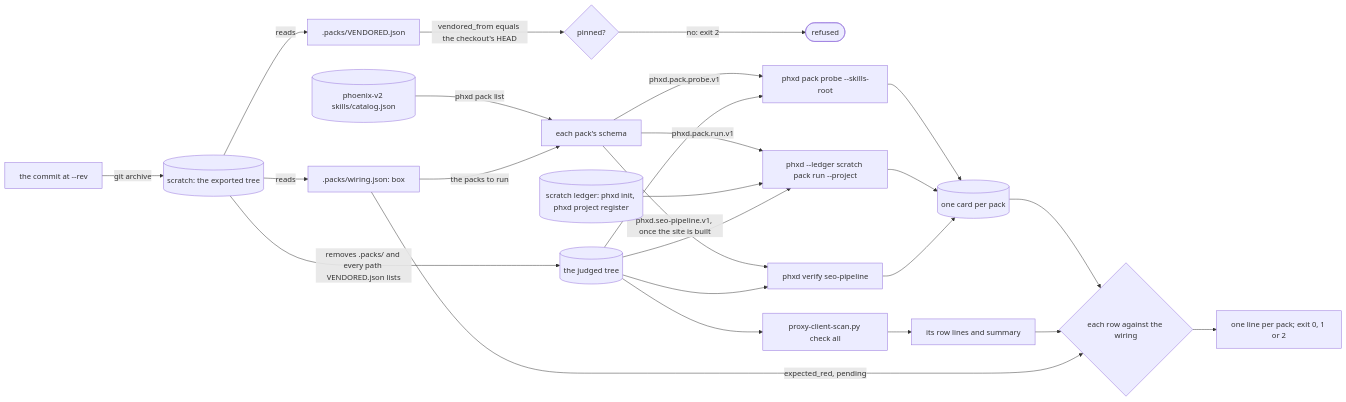
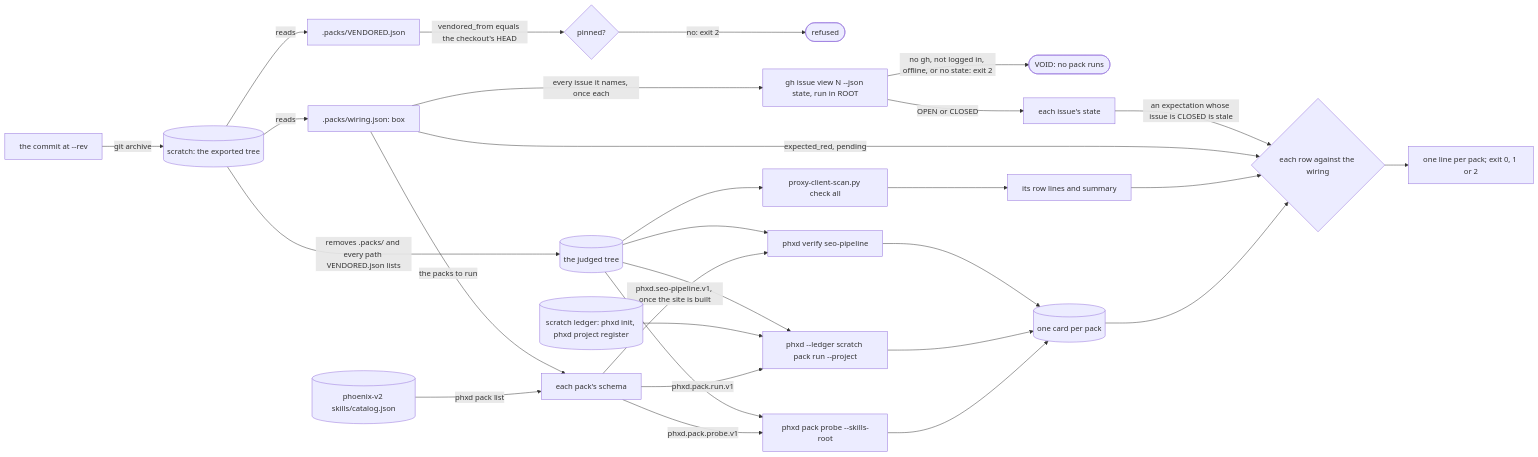
The diagram in docs/schematics/box-pack-runner.md (RexRenatus/deck-streak), drawn with Mermaid before and after one commit. The commit also changed other lines of this file and 2 other files, not shown here.

Commit message:
docs(schematics): the box run reads issue state; one scrub composition

````diff
--- a/docs/schematics/box-pack-runner.md
+++ b/docs/schematics/box-pack-runner.md
@@ -9,27 +10,31 @@
 ```mermaid
 flowchart LR
   rev[the commit at --rev] -->|git archive| export[(scratch: the exported tree)]
   export -->|reads| wiring[.packs/wiring.json: box]
   export -->|reads| vendored[.packs/VENDORED.json]
   vendored -->|vendored_from equals the checkout's HEAD| pin{pinned?}
   pin -->|no: exit 2| stop([refused])
   export -->|removes .packs/ and every path VENDORED.json lists| judged[(the judged tree)]
+  wiring -->|every issue it names, once each| gh[gh issue view N --json state, run in ROOT]
+  gh -->|no gh, not logged in, offline, or no state: exit 2| void([VOID: no pack runs])
+  gh -->|OPEN or CLOSED| states[each issue's state]
   catalog[(phoenix-v2 skills/catalog.json)] -->|phxd pack list| verbs[each pack's schema]
   wiring -->|the packs to run| verbs
   verbs -->|phxd.pack.probe.v1| probe[phxd pack probe --skills-root]
   verbs -->|phxd.pack.run.v1| run[phxd --ledger scratch pack run --project]
   verbs -->|phxd.seo-pipeline.v1, once the site is built| seo[phxd verify seo-pipeline]
   ledger[(scratch ledger: phxd init, phxd project register)] --> run
   judged --> probe
   judged --> run
   judged --> seo
   judged --> scan[proxy-client-scan.py check all]
   probe --> cards[(one card per pack)]
   run --> cards
   seo --> cards
   scan --> rows[its row lines and summary]
   cards --> judge{each row against the wiring}
   rows --> judge
   wiring -->|expected_red, pending| judge
+  states -->|an expectation whose issue is CLOSED is stale| judge
   judge --> lines[one line per pack; exit 0, 1 or 2]
 ```
````
